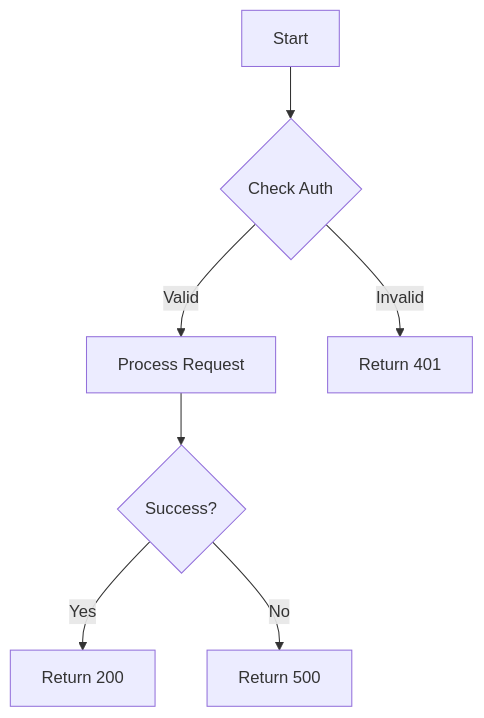
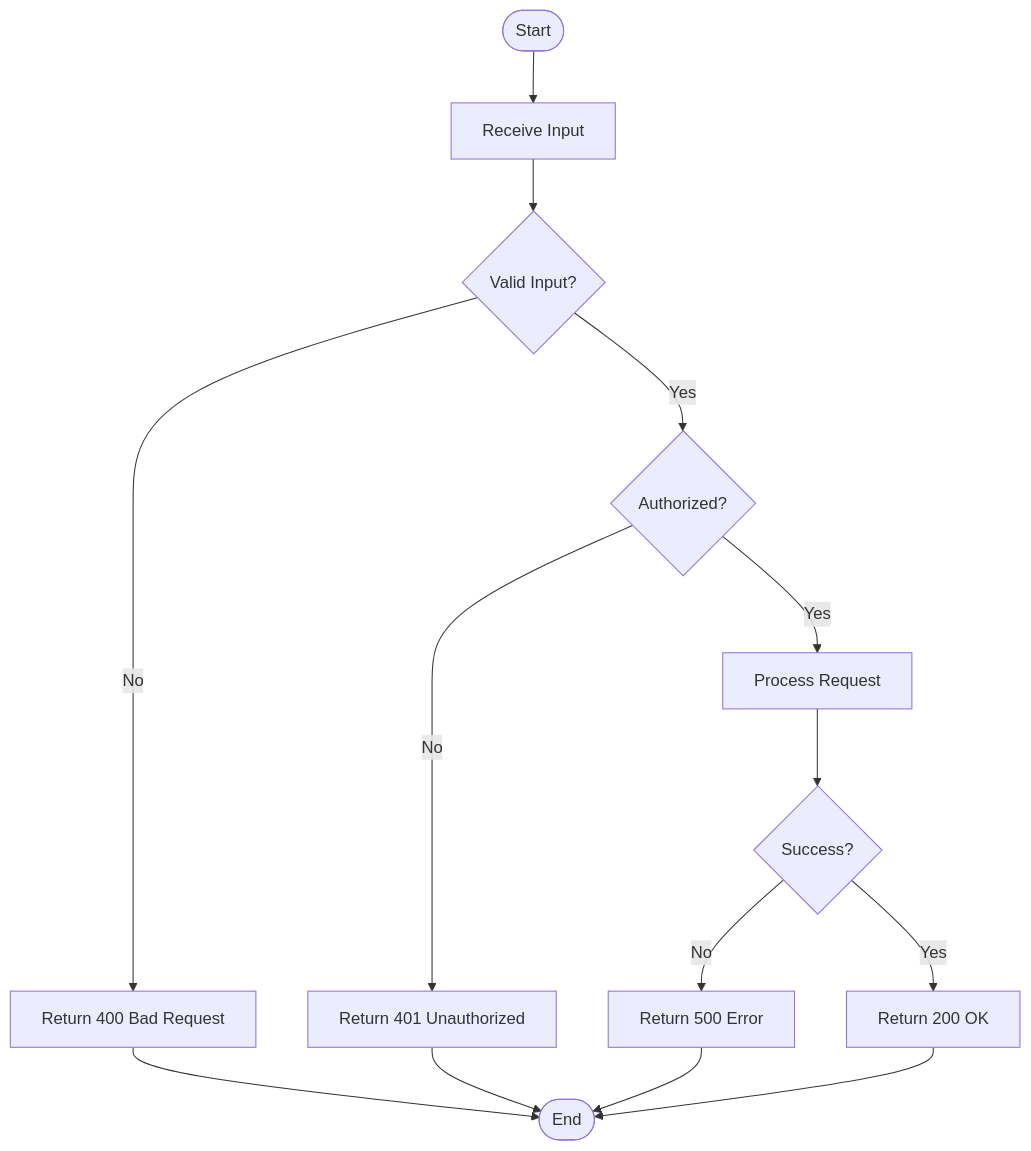
The eighth of 12 diagrams in src/OpenDeepWiki/prompts/content-generator.md (jianyuyanyu/OpenDeepWiki), drawn with Mermaid before and after one commit. The commit also changed other lines of this file and 40 other files, not shown here.

````diff
--- a/src/OpenDeepWiki/prompts/content-generator.md
+++ b/src/OpenDeepWiki/prompts/content-generator.md
@@ -599,9 +717,16 @@
 ```mermaid
 flowchart TD
-    A[Start] --> B{Check Auth}
-    B -->|Valid| C[Process Request]
-    B -->|Invalid| D[Return 401]
-    C --> E{Success?}
-    E -->|Yes| F[Return 200]
-    E -->|No| G[Return 500]
+    Start([Start]) --> Input[Receive Input]
+    Input --> Validate{Valid Input?}
+    Validate -->|Yes| Auth{Authorized?}
+    Validate -->|No| Error1[Return 400 Bad Request]
+    Auth -->|Yes| Process[Process Request]
+    Auth -->|No| Error2[Return 401 Unauthorized]
+    Process --> Result{Success?}
+    Result -->|Yes| Success[Return 200 OK]
+    Result -->|No| Error3[Return 500 Error]
+    Error1 --> End([End])
+    Error2 --> End
+    Error3 --> End
+    Success --> End
 ```
````
